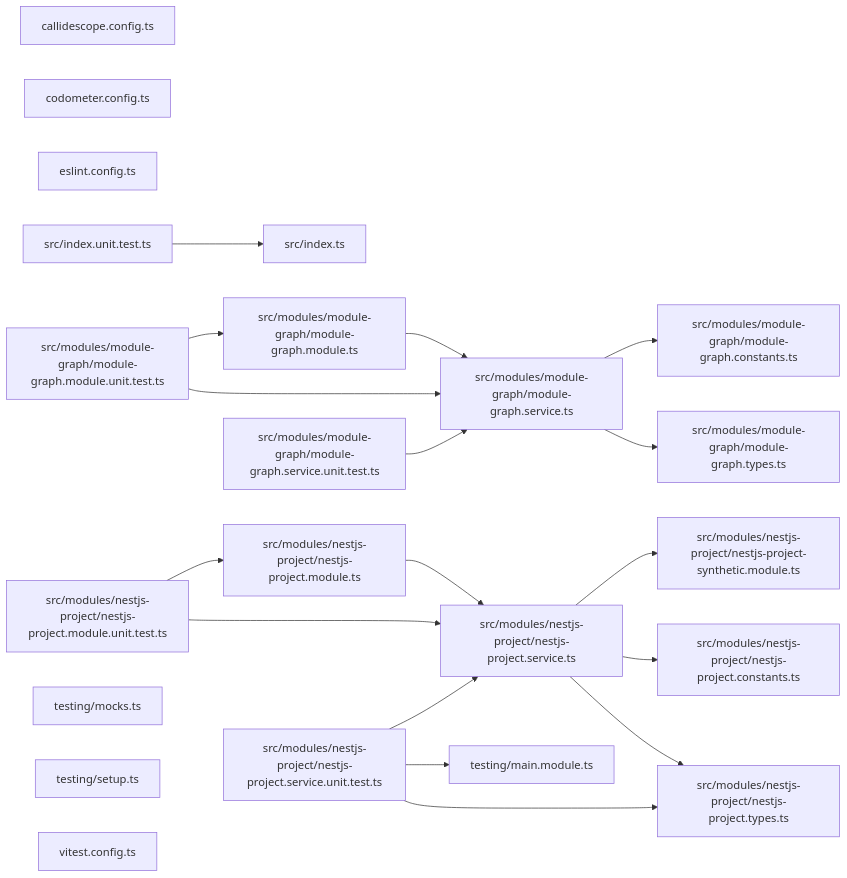
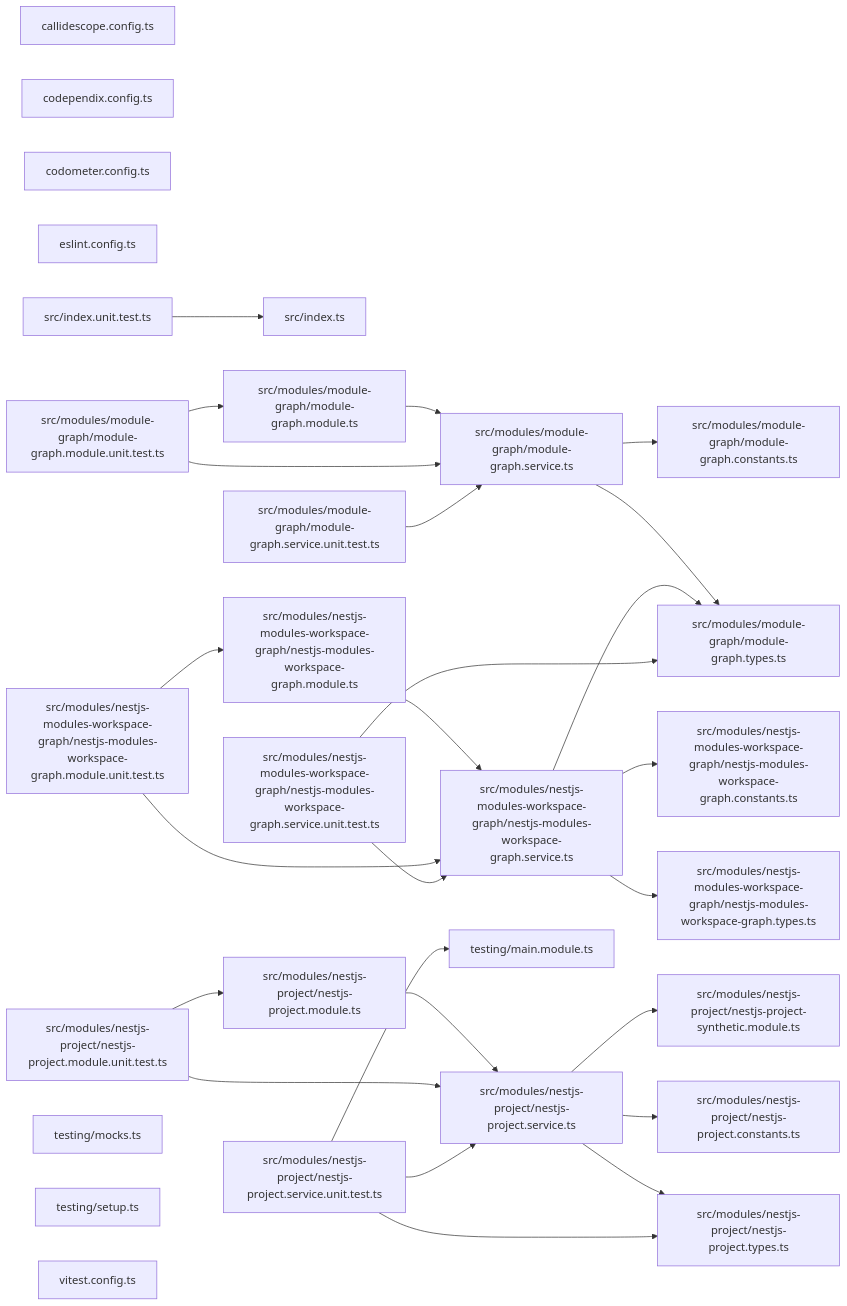
The third of 3 diagrams in packages/codependix-nestjs-modules/README.md (JimmyPaolini/codebase), drawn with Mermaid before and after one commit. The commit also changed other lines of this file and 35 other files, not shown here.

````diff
--- a/packages/codependix-nestjs-modules/README.md
+++ b/packages/codependix-nestjs-modules/README.md
@@ -46,41 +47,56 @@
 ```mermaid
 graph LR
   file_callidescope_config_ts["callidescope.config.ts"]
+  file_codependix_config_ts["codependix.config.ts"]
   file_codometer_config_ts["codometer.config.ts"]
   file_eslint_config_ts["eslint.config.ts"]
   file_src_index_ts["src/index.ts"]
   file_src_index_unit_test_ts["src/index.unit.test.ts"]
   file_src_modules_module_graph_module_graph_constants_ts["src/modules/module-graph/module-graph.constants.ts"]
   file_src_modules_module_graph_module_graph_module_ts["src/modules/module-graph/module-graph.module.ts"]
   file_src_modules_module_graph_module_graph_module_unit_test_ts["src/modules/module-graph/module-graph.module.unit.test.ts"]
   file_src_modules_module_graph_module_graph_service_ts["src/modules/module-graph/module-graph.service.ts"]
   file_src_modules_module_graph_module_graph_service_unit_test_ts["src/modules/module-graph/module-graph.service.unit.test.ts"]
   file_src_modules_module_graph_module_graph_types_ts["src/modules/module-graph/module-graph.types.ts"]
+  file_src_modules_nestjs_modules_workspace_graph_nestjs_modules_workspace_graph_constants_ts["src/modules/nestjs-modules-workspace-graph/nestjs-modules-workspace-graph.constants.ts"]
+  file_src_modules_nestjs_modules_workspace_graph_nestjs_modules_workspace_graph_module_ts["src/modules/nestjs-modules-workspace-graph/nestjs-modules-workspace-graph.module.ts"]
+  file_src_modules_nestjs_modules_workspace_graph_nestjs_modules_workspace_graph_module_unit_test_ts["src/modules/nestjs-modules-workspace-graph/nestjs-modules-workspace-graph.module.unit.test.ts"]
+  file_src_modules_nestjs_modules_workspace_graph_nestjs_modules_workspace_graph_service_ts["src/modules/nestjs-modules-workspace-graph/nestjs-modules-workspace-graph.service.ts"]
+  file_src_modules_nestjs_modules_workspace_graph_nestjs_modules_workspace_graph_service_unit_test_ts["src/modules/nestjs-modules-workspace-graph/nestjs-modules-workspace-graph.service.unit.test.ts"]
+  file_src_modules_nestjs_modules_workspace_graph_nestjs_modules_workspace_graph_types_ts["src/modules/nestjs-modules-workspace-graph/nestjs-modules-workspace-graph.types.ts"]
   file_src_modules_nestjs_project_nestjs_project_synthetic_module_ts["src/modules/nestjs-project/nestjs-project-synthetic.module.ts"]
   file_src_modules_nestjs_project_nestjs_project_constants_ts["src/modules/nestjs-project/nestjs-project.constants.ts"]
   file_src_modules_nestjs_project_nestjs_project_module_ts["src/modules/nestjs-project/nestjs-project.module.ts"]
   file_src_modules_nestjs_project_nestjs_project_module_unit_test_ts["src/modules/nestjs-project/nestjs-project.module.unit.test.ts"]
   file_src_modules_nestjs_project_nestjs_project_service_ts["src/modules/nestjs-project/nestjs-project.service.ts"]
   file_src_modules_nestjs_project_nestjs_project_service_unit_test_ts["src/modules/nestjs-project/nestjs-project.service.unit.test.ts"]
   file_src_modules_nestjs_project_nestjs_project_types_ts["src/modules/nestjs-project/nestjs-project.types.ts"]
   file_testing_main_module_ts["testing/main.module.ts"]
   file_testing_mocks_ts["testing/mocks.ts"]
   file_testing_setup_ts["testing/setup.ts"]
   file_vitest_config_ts["vitest.config.ts"]
   file_src_index_unit_test_ts --> file_src_index_ts
   file_src_modules_module_graph_module_graph_module_ts --> file_src_modules_module_graph_module_graph_service_ts
   file_src_modules_module_graph_module_graph_module_unit_test_ts --> file_src_modules_module_graph_module_graph_module_ts
   file_src_modules_module_graph_module_graph_module_unit_test_ts --> file_src_modules_module_graph_module_graph_service_ts
   file_src_modules_module_graph_module_graph_service_ts --> file_src_modules_module_graph_module_graph_constants_ts
   file_src_modules_module_graph_module_graph_service_ts --> file_src_modules_module_graph_module_graph_types_ts
   file_src_modules_module_graph_module_graph_service_unit_test_ts --> file_src_modules_module_graph_module_graph_service_ts
+  file_src_modules_nestjs_modules_workspace_graph_nestjs_modules_workspace_graph_module_ts --> file_src_modules_nestjs_modules_workspace_graph_nestjs_modules_workspace_graph_service_ts
+  file_src_modules_nestjs_modules_workspace_graph_nestjs_modules_workspace_graph_module_unit_test_ts --> file_src_modules_nestjs_modules_workspace_graph_nestjs_modules_workspace_graph_module_ts
+  file_src_modules_nestjs_modules_workspace_graph_nestjs_modules_workspace_graph_module_unit_test_ts --> file_src_modules_nestjs_modules_workspace_graph_nestjs_modules_workspace_graph_service_ts
+  file_src_modules_nestjs_modules_workspace_graph_nestjs_modules_workspace_graph_service_ts --> file_src_modules_module_graph_module_graph_types_ts
+  file_src_modules_nestjs_modules_workspace_graph_nestjs_modules_workspace_graph_service_ts --> file_src_modules_nestjs_modules_workspace_graph_nestjs_modules_workspace_graph_constants_ts
+  file_src_modules_nestjs_modules_workspace_graph_nestjs_modules_workspace_graph_service_ts --> file_src_modules_nestjs_modules_workspace_graph_nestjs_modules_workspace_graph_types_ts
+  file_src_modules_nestjs_modules_workspace_graph_nestjs_modules_workspace_graph_service_unit_test_ts --> file_src_modules_module_graph_module_graph_types_ts
+  file_src_modules_nestjs_modules_workspace_graph_nestjs_modules_workspace_graph_service_unit_test_ts --> file_src_modules_nestjs_modules_workspace_graph_nestjs_modules_workspace_graph_service_ts
   file_src_modules_nestjs_project_nestjs_project_module_ts --> file_src_modules_nestjs_project_nestjs_project_service_ts
   file_src_modules_nestjs_project_nestjs_project_module_unit_test_ts --> file_src_modules_nestjs_project_nestjs_project_module_ts
   file_src_modules_nestjs_project_nestjs_project_module_unit_test_ts --> file_src_modules_nestjs_project_nestjs_project_service_ts
   file_src_modules_nestjs_project_nestjs_project_service_ts --> file_src_modules_nestjs_project_nestjs_project_synthetic_module_ts
   file_src_modules_nestjs_project_nestjs_project_service_ts --> file_src_modules_nestjs_project_nestjs_project_constants_ts
   file_src_modules_nestjs_project_nestjs_project_service_ts --> file_src_modules_nestjs_project_nestjs_project_types_ts
   file_src_modules_nestjs_project_nestjs_project_service_unit_test_ts --> file_src_modules_nestjs_project_nestjs_project_service_ts
   file_src_modules_nestjs_project_nestjs_project_service_unit_test_ts --> file_src_modules_nestjs_project_nestjs_project_types_ts
   file_src_modules_nestjs_project_nestjs_project_service_unit_test_ts --> file_testing_main_module_ts
 ```
````
